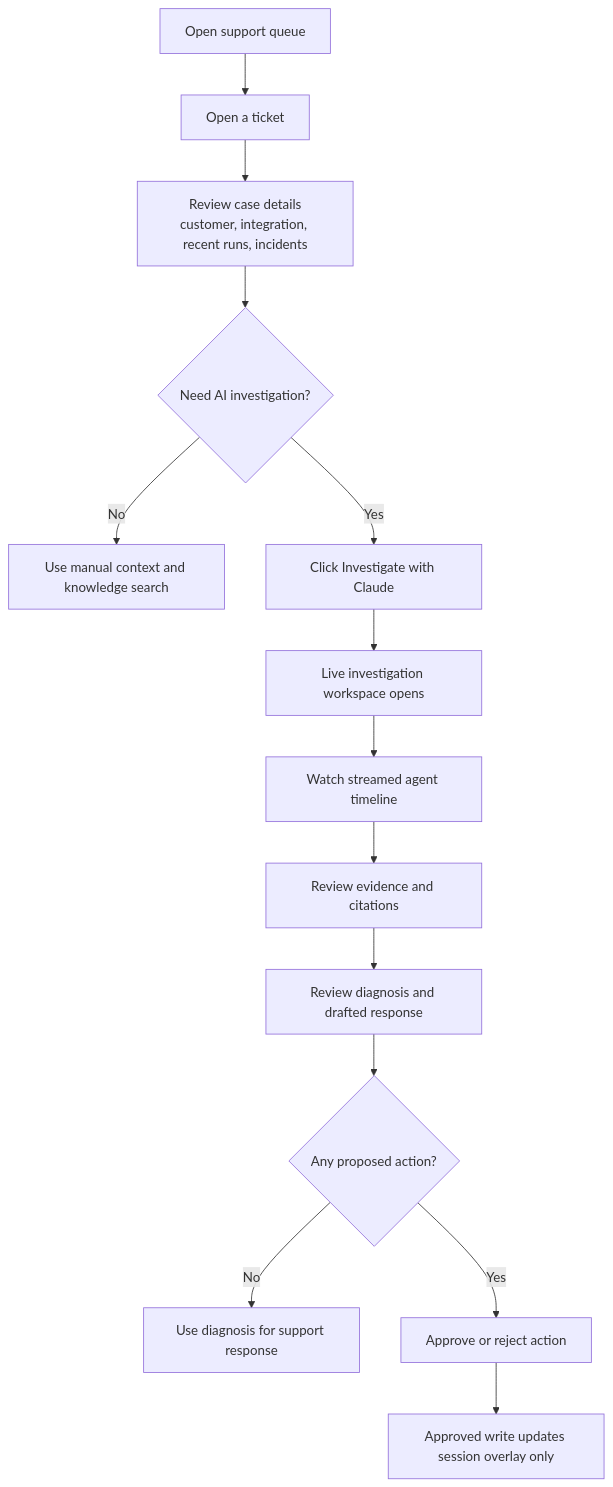
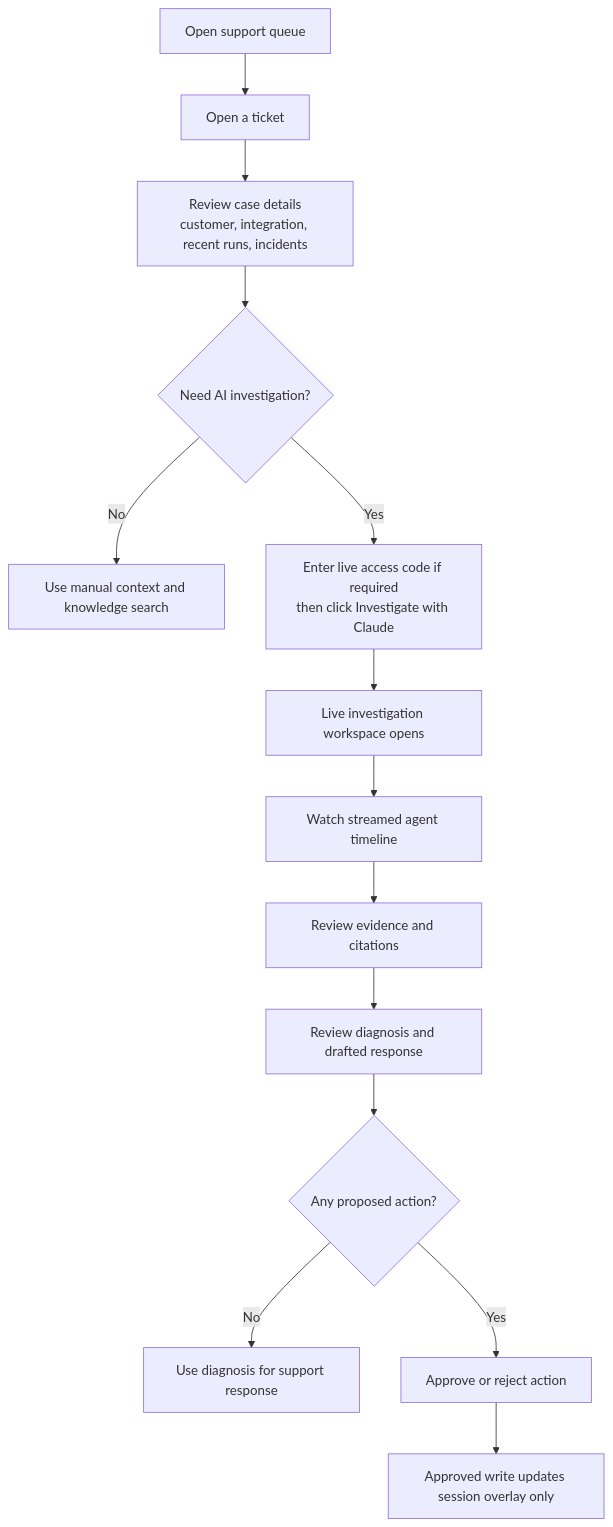
Before and after one commit to TahaRasheed740/agentic-mcp-support-ops-console: the fourth of 10 diagrams in docs/project-flowcharts.md, drawn with Mermaid. The commit also changed other lines of this file and 4 other files, not shown here.

````diff
--- a/docs/project-flowcharts.md
+++ b/docs/project-flowcharts.md
@@ -120,16 +120,16 @@
 ```mermaid
 flowchart TD
     A["Open support queue"] --> B["Open a ticket"]
     B --> C["Review case details<br/>customer, integration, recent runs, incidents"]
     C --> D{"Need AI investigation?"}
     D -- No --> E["Use manual context and knowledge search"]
-    D -- Yes --> F["Click Investigate with Claude"]
+    D -- Yes --> F["Enter live access code if required<br/>then click Investigate with Claude"]
     F --> G["Live investigation workspace opens"]
     G --> H["Watch streamed agent timeline"]
     H --> I["Review evidence and citations"]
     I --> J["Review diagnosis and drafted response"]
     J --> K{"Any proposed action?"}
     K -- No --> L["Use diagnosis for support response"]
     K -- Yes --> M["Approve or reject action"]
     M --> N["Approved write updates session overlay only"]
 ```
````
